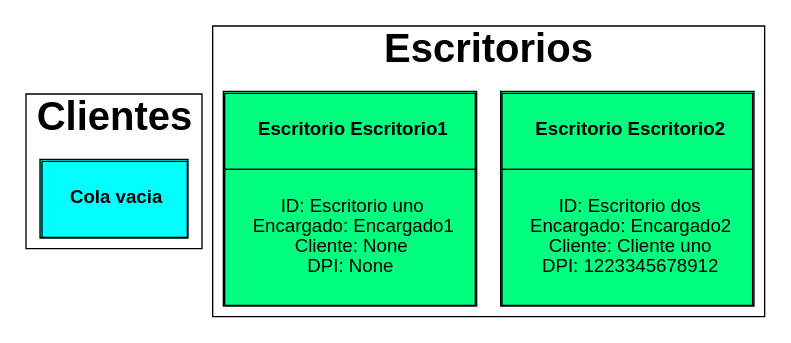
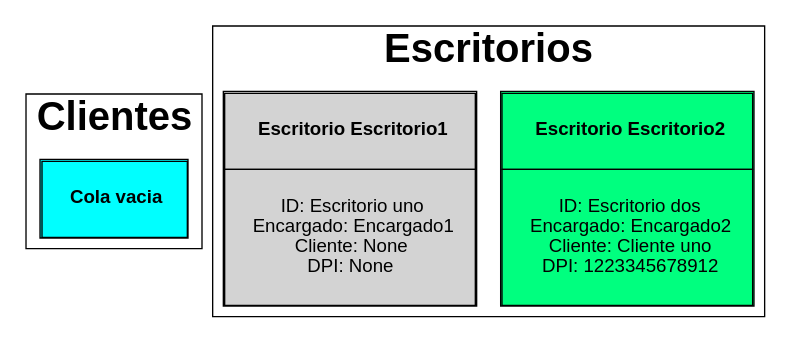
Before and after one commit to robinbuezo11/IPC2_Proyecto2_201944994: the diagram in estado.dot, drawn with Graphviz. The commit also changed 8 other files, not shown here.

```diff
--- a/estado.dot
+++ b/estado.dot
@@ -1,1 +1,1 @@
-digraph {fontname="Helventica,Arial,sans-serif" edge[dir=back] subgraph cluster0{fontsize=30 node[shape=plain style=filled pencolor="#00000" color="aqua" fontname="Helvetica,Arial,sans-serif"]Client[label=<<table cellspacing="0" cellpadding="20"><tr><td><b>Cola vacia</b></td></tr></table>>] label=<<b>Clientes</b>>} subgraph cluster1{fontsize=30 node[shape=plain style=filled pencolor="#00000" fontname="Helvetica,Arial,sans-serif"]DeskEscritorio2[color="springgreen" label=<<table cellspacing="0" cellpadding="20"><tr><td><b>Escritorio Escritorio2</b></td></tr><tr><td>ID: Escritorio dos<br/>Encargado: Encargado2<br/>Cliente: Cliente uno<br/>DPI: 1223345678912</td></tr></table>>]DeskEscritorio1[color="springgreen" label=<<table cellspacing="0" cellpadding="20"><tr><td><b>Escritorio Escritorio1</b></td></tr><tr><td>ID: Escritorio uno<br/>Encargado: Encargado1<br/>Cliente: None<br/>DPI: None</td></tr></table>>] label=<<b>Escritorios</b>>}}
+digraph {fontname="Helventica,Arial,sans-serif" edge[dir=back] subgraph cluster0{fontsize=30 node[shape=plain style=filled pencolor="#00000" color="aqua" fontname="Helvetica,Arial,sans-serif"]Client[label=<<table cellspacing="0" cellpadding="20"><tr><td><b>Cola vacia</b></td></tr></table>>] label=<<b>Clientes</b>>} subgraph cluster1{fontsize=30 node[shape=plain style=filled pencolor="#00000" fontname="Helvetica,Arial,sans-serif"]DeskEscritorio2[color="springgreen" label=<<table cellspacing="0" cellpadding="20"><tr><td><b>Escritorio Escritorio2</b></td></tr><tr><td>ID: Escritorio dos<br/>Encargado: Encargado2<br/>Cliente: Cliente uno<br/>DPI: 1223345678912</td></tr></table>>]DeskEscritorio1[label=<<table cellspacing="0" cellpadding="20"><tr><td><b>Escritorio Escritorio1</b></td></tr><tr><td>ID: Escritorio uno<br/>Encargado: Encargado1<br/>Cliente: None<br/>DPI: None</td></tr></table>>] label=<<b>Escritorios</b>>}}
```
